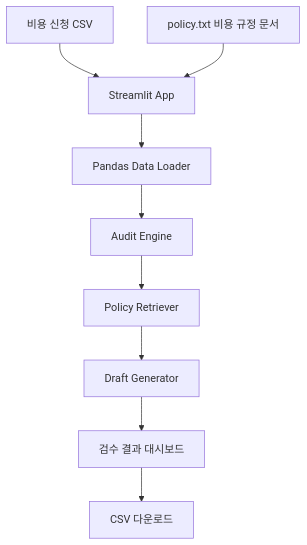
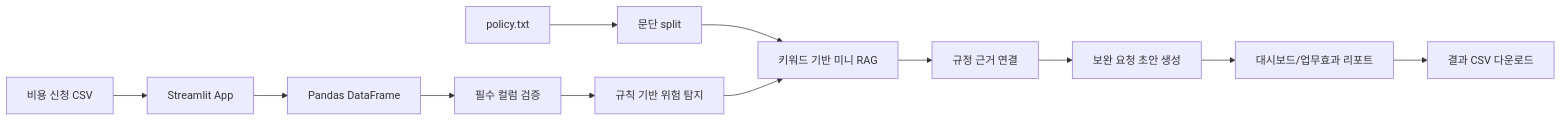
One commit to wooya27/Cost_Manager changed the first of 4 diagrams in .claude/plans/06-아키텍처설계서.md. Above: the diagram before and after it, drawn with Mermaid. The commit also changed other lines of this file and 9 other files, not shown here.

````diff
--- a/.claude/plans/06-아키텍처설계서.md
+++ b/.claude/plans/06-아키텍처설계서.md
@@ -23,11 +39,14 @@
 ```mermaid
-flowchart TD
+flowchart LR
     A[비용 신청 CSV] --> B[Streamlit App]
-    C[policy.txt 비용 규정 문서] --> B
-    B --> D[Pandas Data Loader]
-    D --> E[Audit Engine]
-    E --> F[Policy Retriever]
-    F --> G[Draft Generator]
-    G --> H[검수 결과 대시보드]
-    H --> I[CSV 다운로드]
+    B --> C[Pandas DataFrame]
+    C --> D[필수 컬럼 검증]
+    D --> E[규칙 기반 위험 탐지]
+    F[policy.txt] --> G[문단 split]
+    G --> H[키워드 기반 미니 RAG]
+    E --> H
+    H --> I[규정 근거 연결]
+    I --> J[보완 요청 초안 생성]
+    J --> K[대시보드/업무효과 리포트]
+    K --> L[결과 CSV 다운로드]
 ```
````
